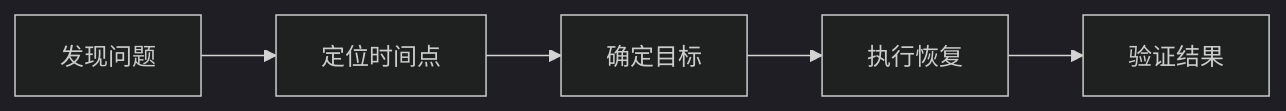
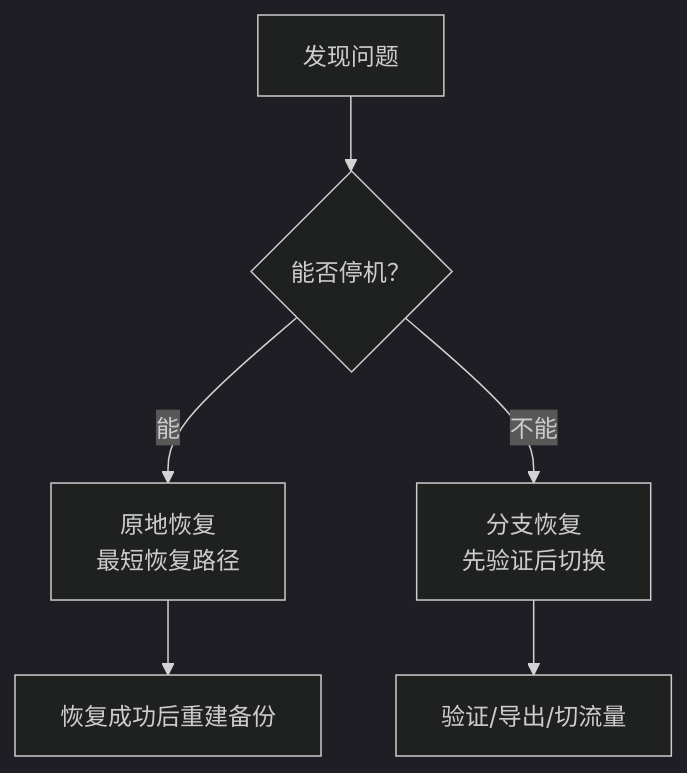
Before and after one commit to pgsty/pigsty.cc: the first of 2 diagrams in content/docs/concept/pitr/scenarios.md, drawn with Mermaid (dark theme). The commit also changed other lines of this file and 21 other files, not shown here.

````diff
--- a/content/docs/concept/pitr/scenarios.md
+++ b/content/docs/concept/pitr/scenarios.md
@@ -22,4 +36,8 @@
 ```mermaid
-flowchart LR
-    A["发现问题"] --> B["定位时间点"] --> C["确定目标"] --> D["执行恢复"] --> E["验证结果"]
+flowchart TD
+    A["发现问题"] --> B{"能否停机？"}
+    B -->|能| C["原地恢复<br/>最短恢复路径"]
+    B -->|不能| D["分支恢复<br/>先验证后切换"]
+    C --> E["恢复成功后重建备份"]
+    D --> F["验证/导出/切流量"]
 ```
````
